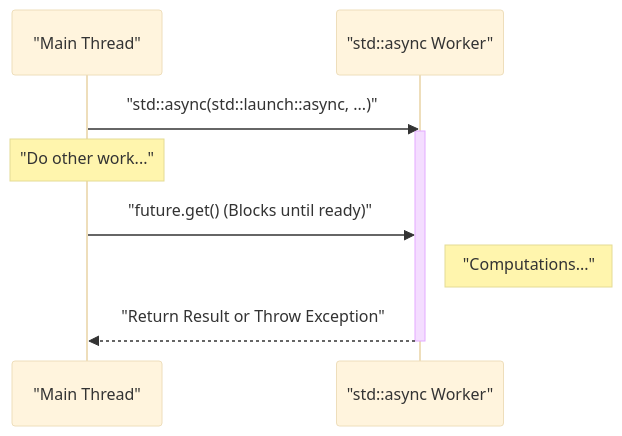
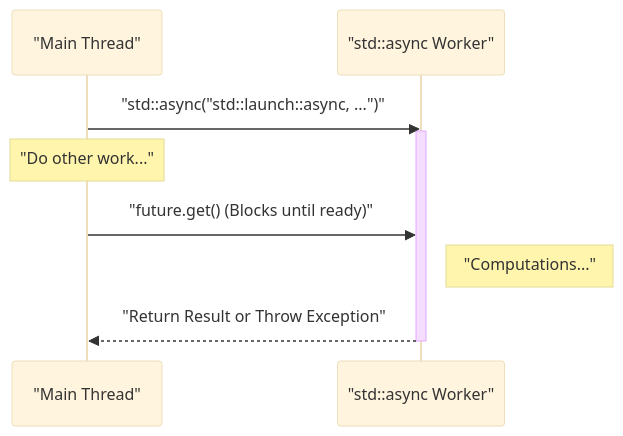
One commit to kenjinote/blog changed the first of 2 diagrams in content/post/cppマルチスレッドと非同期/index.en.md. Above: the diagram before and after it, drawn with Mermaid (base theme). The commit also changed 929 other files, not shown here.

Commit message:
fix: Add double quotes to all Mermaid node texts to resolve syntax errors

````diff
--- a/content/post/cppマルチスレッドと非同期/index.en.md
+++ b/content/post/cppマルチスレッドと非同期/index.en.md
@@ -270,12 +270,12 @@
 ```mermaid
 sequenceDiagram
     participant Main as "Main Thread"
     participant Async as "std::async Worker"
-    Main->>Async: "std::async(std::launch::async, ...)"
+    Main->>Async: "std::async("std::launch::async, ...")"
     activate Async
     Note over Main: "Do other work..."
     Main->>Async: "future.get() (Blocks until ready)"
     Note right of Async: "Computations..."
     Async-->>Main: "Return Result or Throw Exception"
     deactivate Async
 ```
````
